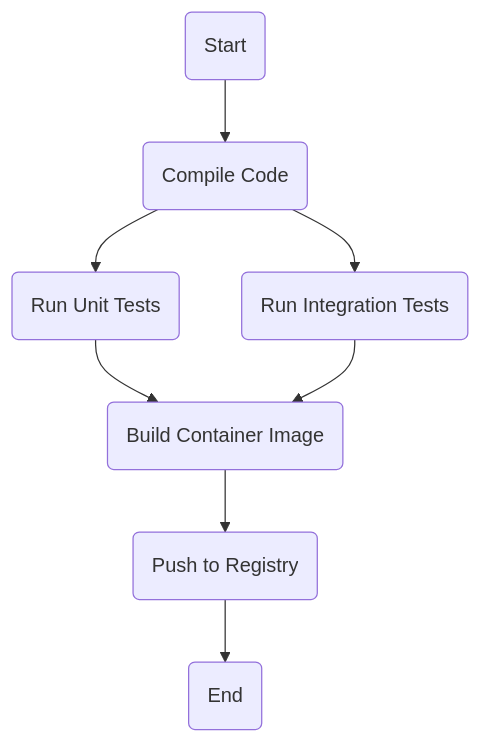
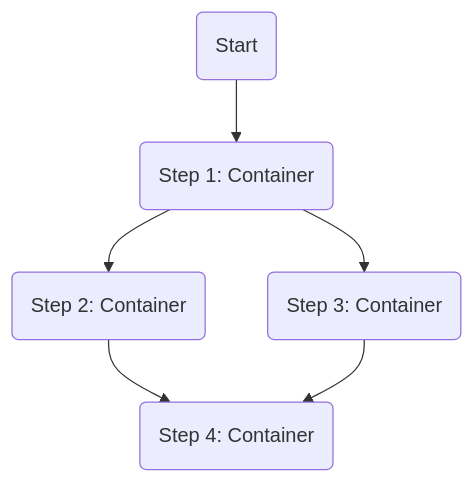
Before and after one commit to bansikah22/cncf-projects: the diagram in argo-workflows/README.md, drawn with Mermaid. The commit also changed other lines of this file and 12 other files, not shown here.

````diff
--- a/argo-workflows/README.md
+++ b/argo-workflows/README.md
@@ -17,10 +13,8 @@
 ```mermaid
 graph TD
-    A(Start) --> B(Compile Code);
-    B --> C(Run Unit Tests);
-    B --> D(Run Integration Tests);
-    C --> E(Build Container Image);
+    A(Start) --> B(Step 1: Container);
+    B --> C(Step 2: Container);
+    B --> D(Step 3: Container);
+    C --> E(Step 4: Container);
     D --> E;
-    E --> F(Push to Registry);
-    F --> G(End);
 ```
````
